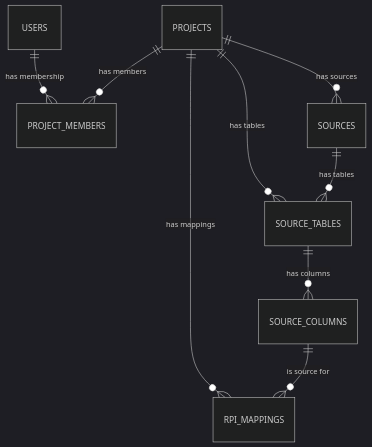
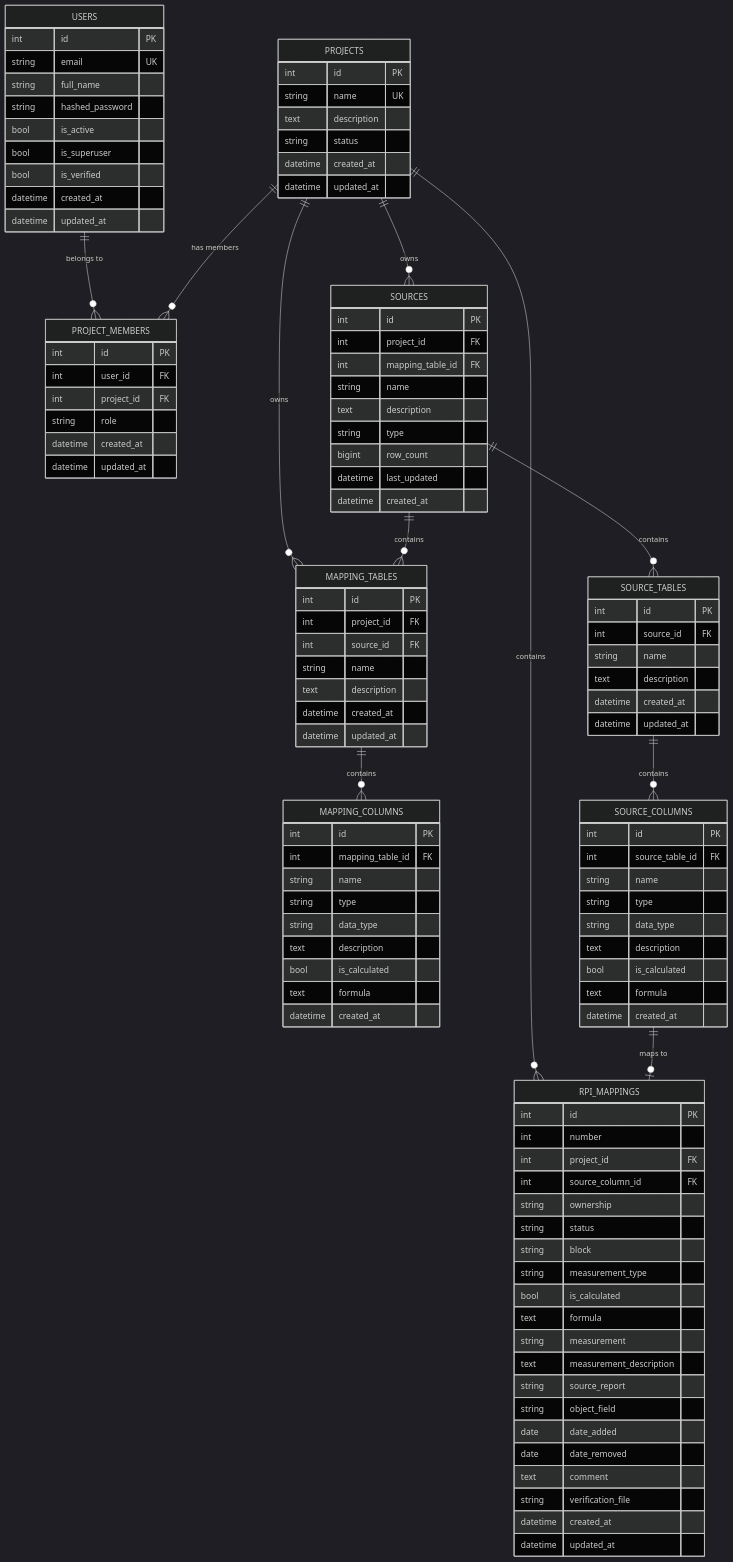
One commit to the-girot/LayerMap_back changed the diagram in DOCUMENTATION.md. Above: the diagram before and after it, drawn with Mermaid (dark theme). The commit also changed other lines of this file and 22 other files, not shown here.

````diff
--- a/DOCUMENTATION.md
+++ b/DOCUMENTATION.md
@@ -1894,11 +1670,121 @@
 ```mermaid
 erDiagram
-    USERS ||--o{ PROJECT_MEMBERS : "has membership"
+    USERS {
+        int id PK
+        string email UK
+        string full_name
+        string hashed_password
+        bool is_active
+        bool is_superuser
+        bool is_verified
+        datetime created_at
+        datetime updated_at
+    }
+
+    PROJECTS {
+        int id PK
+        string name UK
+        text description
+        string status
+        datetime created_at
+        datetime updated_at
+    }
+
+    PROJECT_MEMBERS {
+        int id PK
+        int user_id FK
+        int project_id FK
+        string role
+        datetime created_at
+        datetime updated_at
+    }
+
+    SOURCES {
+        int id PK
+        int project_id FK
+        int mapping_table_id FK
+        string name
+        text description
+        string type
+        bigint row_count
+        datetime last_updated
+        datetime created_at
+    }
+
+    MAPPING_TABLES {
+        int id PK
+        int project_id FK
+        int source_id FK
+        string name
+        text description
+        datetime created_at
+        datetime updated_at
+    }
+
+    MAPPING_COLUMNS {
+        int id PK
+        int mapping_table_id FK
+        string name
+        string type
+        string data_type
+        text description
+        bool is_calculated
+        text formula
+        datetime created_at
+    }
+
+    SOURCE_TABLES {
+        int id PK
+        int source_id FK
+        string name
+        text description
+        datetime created_at
+        datetime updated_at
+    }
+
+    SOURCE_COLUMNS {
+        int id PK
+        int source_table_id FK
+        string name
+        string type
+        string data_type
+        text description
+        bool is_calculated
+        text formula
+        datetime created_at
+    }
+
+    RPI_MAPPINGS {
+        int id PK
+        int number
+        int project_id FK
+        int source_column_id FK
+        string ownership
+        string status
+        string block
+        string measurement_type
+        bool is_calculated
+        text formula
+        string measurement
+        text measurement_description
+        string source_report
+        string object_field
+        date date_added
+        date date_removed
+        text comment
+        string verification_file
+        datetime created_at
+        datetime updated_at
+    }
+
+    USERS ||--o{ PROJECT_MEMBERS : "belongs to"
     PROJECTS ||--o{ PROJECT_MEMBERS : "has members"
-    PROJECTS ||--o{ SOURCES : "has sources"
-    PROJECTS ||--o{ SOURCE_TABLES : "has tables"
-    PROJECTS ||--o{ RPI_MAPPINGS : "has mappings"
-    SOURCES ||--o{ SOURCE_TABLES : "has tables"
-    SOURCE_TABLES ||--o{ SOURCE_COLUMNS : "has columns"
-    SOURCE_COLUMNS ||--o{ RPI_MAPPINGS : "is source for"
+    PROJECTS ||--o{ SOURCES : "owns"
+    PROJECTS ||--o{ MAPPING_TABLES : "owns"
+    PROJECTS ||--o{ RPI_MAPPINGS : "contains"
+    SOURCES ||--o{ MAPPING_TABLES : "contains"
+    SOURCES ||--o{ SOURCE_TABLES : "contains"
+    MAPPING_TABLES ||--o{ MAPPING_COLUMNS : "contains"
+    SOURCE_TABLES ||--o{ SOURCE_COLUMNS : "contains"
+    SOURCE_COLUMNS ||--o| RPI_MAPPINGS : "maps to"
 ```
````
